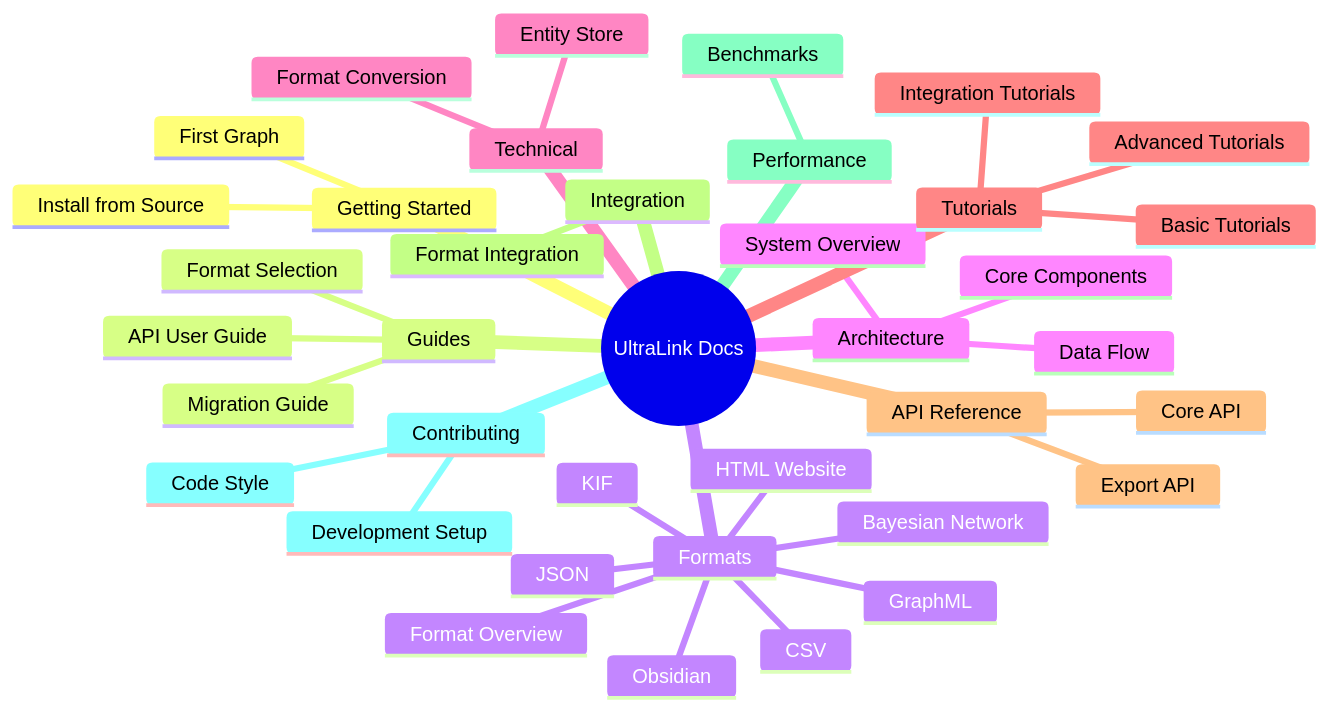
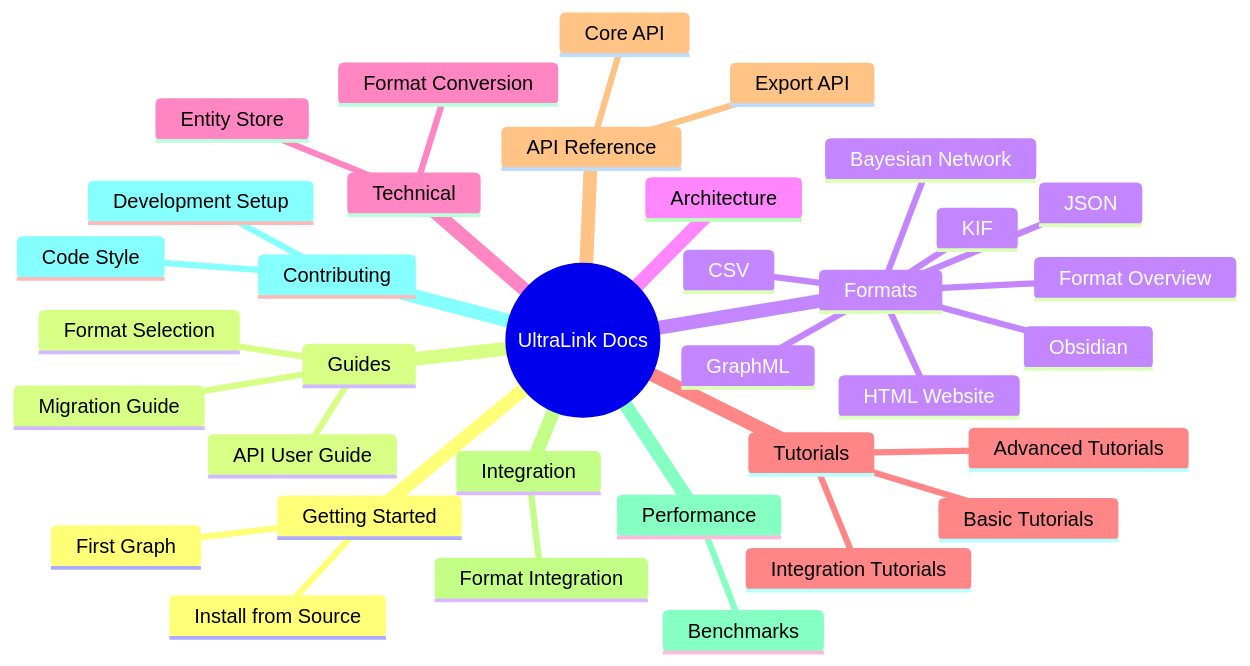
One commit to docxology/ultralink-docx changed the diagram in docs/README.md. Above: the diagram before and after it, drawn with Mermaid. The commit also changed other lines of this file and 1 other file, not shown here.

First line of the commit message:
docs: use the source API and drop misleading architecture links

````diff
--- a/docs/README.md
+++ b/docs/README.md
@@ -35,41 +35,38 @@
 ```mermaid
 mindmap
   root((UltraLink Docs))
     Getting Started
       Install from Source
       First Graph
     Guides
       API User Guide
       Format Selection
       Migration Guide
     Formats
       JSON
       GraphML
       CSV
       Obsidian
       HTML Website
       Bayesian Network
       KIF
       Format Overview
     Architecture
-      System Overview
-      Core Components
-      Data Flow
     Technical
       Format Conversion
       Entity Store
     Tutorials
       Basic Tutorials
       Advanced Tutorials
       Integration Tutorials
     API Reference
       Core API
       Export API
     Integration
       Format Integration
     Performance
       Benchmarks
     Contributing
       Development Setup
       Code Style
 ```
````
